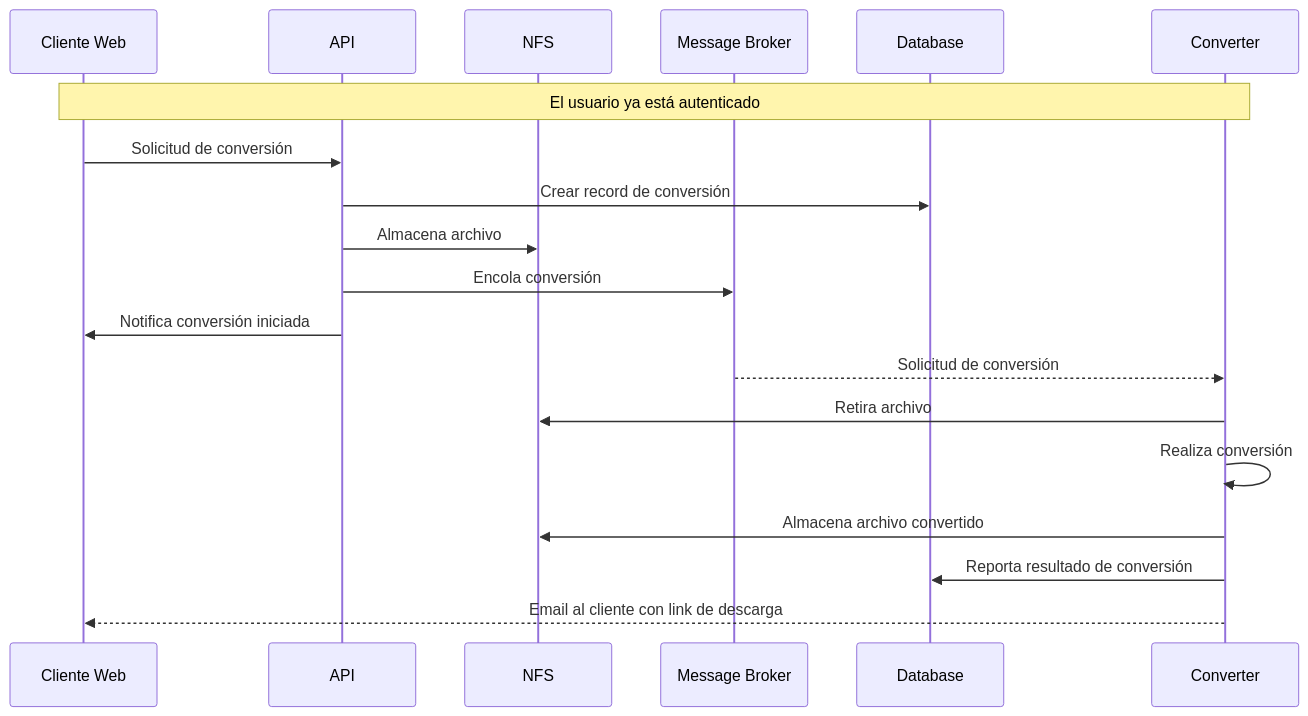
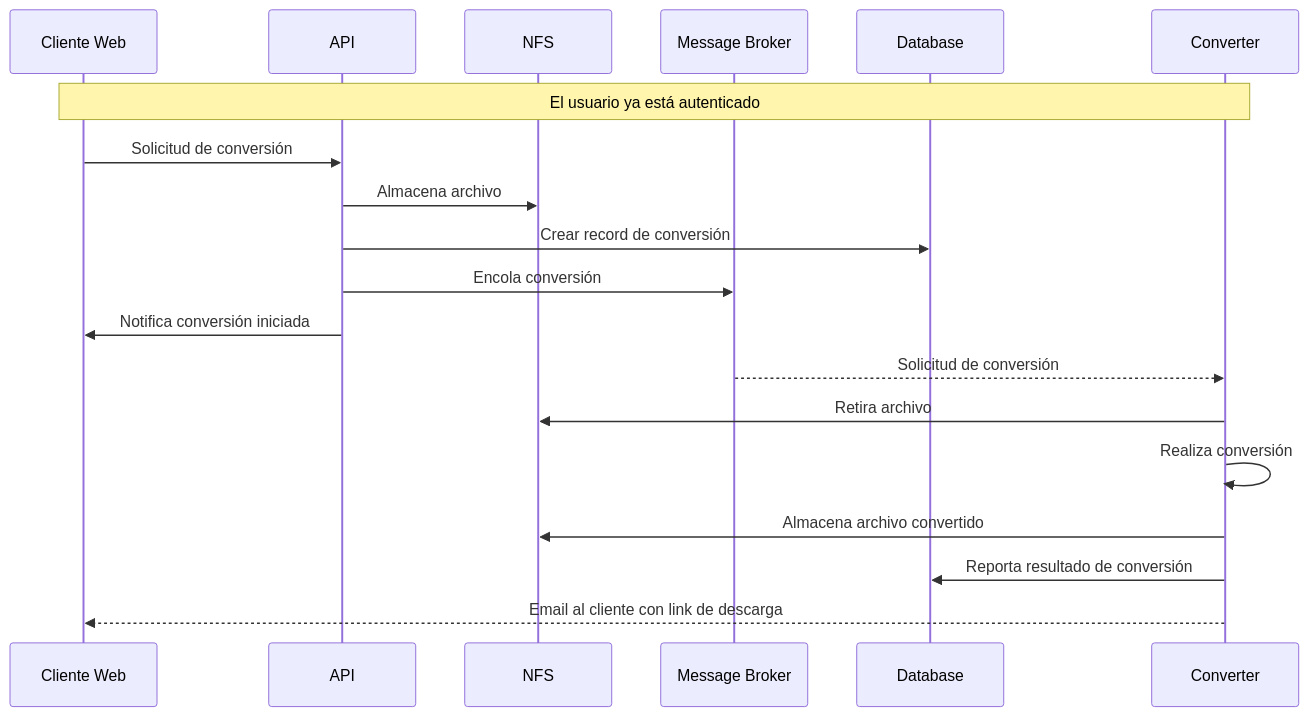
One commit to muniter/uni_cloud_convert changed the second of 4 diagrams in README.md. Above: the diagram before and after it, drawn with Mermaid. The commit also changed other lines of this file, not shown here.

Commit message:
fix: order on sequence

````diff
--- a/README.md
+++ b/README.md
@@ -77,23 +77,23 @@
 ```mermaid
 sequenceDiagram
   participant cli as Cliente Web
   participant api as API
   participant nfs as NFS
   participant mb as Message Broker
   participant db as Database
   participant co as Converter
 
   Note over cli,co: El usuario ya está autenticado
 
   cli->>api: Solicitud de conversión
+  api->>nfs: Almacena archivo
   api->>db: Crear record de conversión
-  api->>nfs: Almacena archivo
   api->>mb: Encola conversión
   api->>cli: Notifica conversión iniciada
   mb-->>co: Solicitud de conversión
   co->>nfs: Retira archivo
   co->>co: Realiza conversión
   co->>nfs: Almacena archivo convertido
   co->>db: Reporta resultado de conversión
   co-->>cli: Email al cliente con link de descarga
 ```
````
